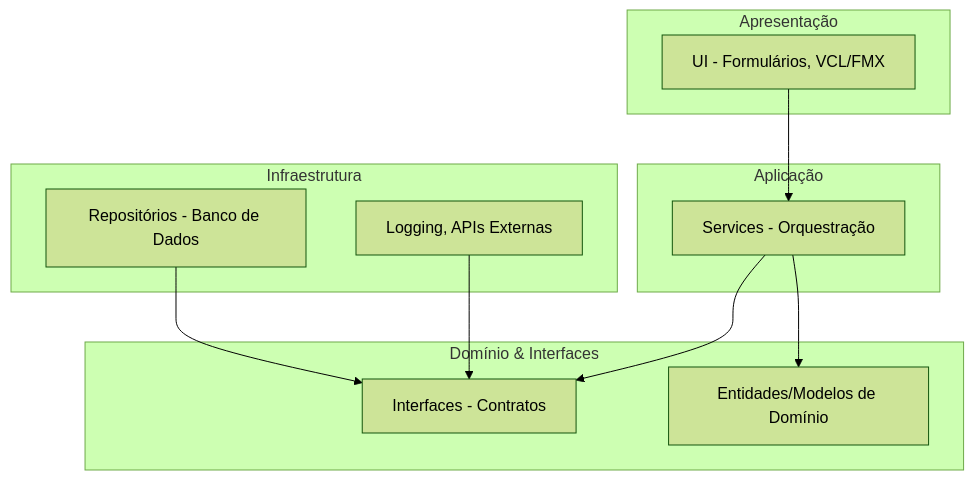
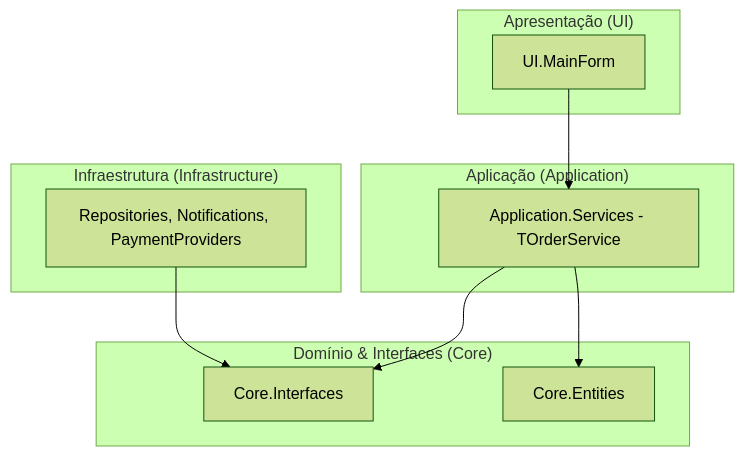
Before and after one commit to Juliolimahen/clean-code-and-solid-delphi: the first of 5 diagrams in README.MD, drawn with Mermaid (forest theme). The commit also changed other lines of this file, not shown here.

````diff
--- a/README.MD
+++ b/README.MD
@@ -87,23 +91,21 @@
 ```mermaid
 graph TD
-    subgraph "Apresentação"
-        A[UI - Formulários, VCL/FMX]
+    subgraph "Apresentação (UI)"
+        A[UI.MainForm]
     end
-    subgraph "Aplicação"
-        B[Services - Orquestração]
+    subgraph "Aplicação (Application)"
+        B[Application.Services - TOrderService]
     end
-    subgraph "Domínio & Interfaces"
-        C[Interfaces - Contratos]
-        D[Entidades/Modelos de Domínio]
+    subgraph "Domínio & Interfaces (Core)"
+        C[Core.Interfaces]
+        D[Core.Entities]
     end
-    subgraph "Infraestrutura"
-        E[Repositórios - Banco de Dados]
-        F[Logging, APIs Externas]
+    subgraph "Infraestrutura (Infrastructure)"
+        E[Repositories, Notifications, PaymentProviders]
     end
 
     A --> B
     B --> C
     B --> D
     E --> C
-    F --> C
 ```
````
